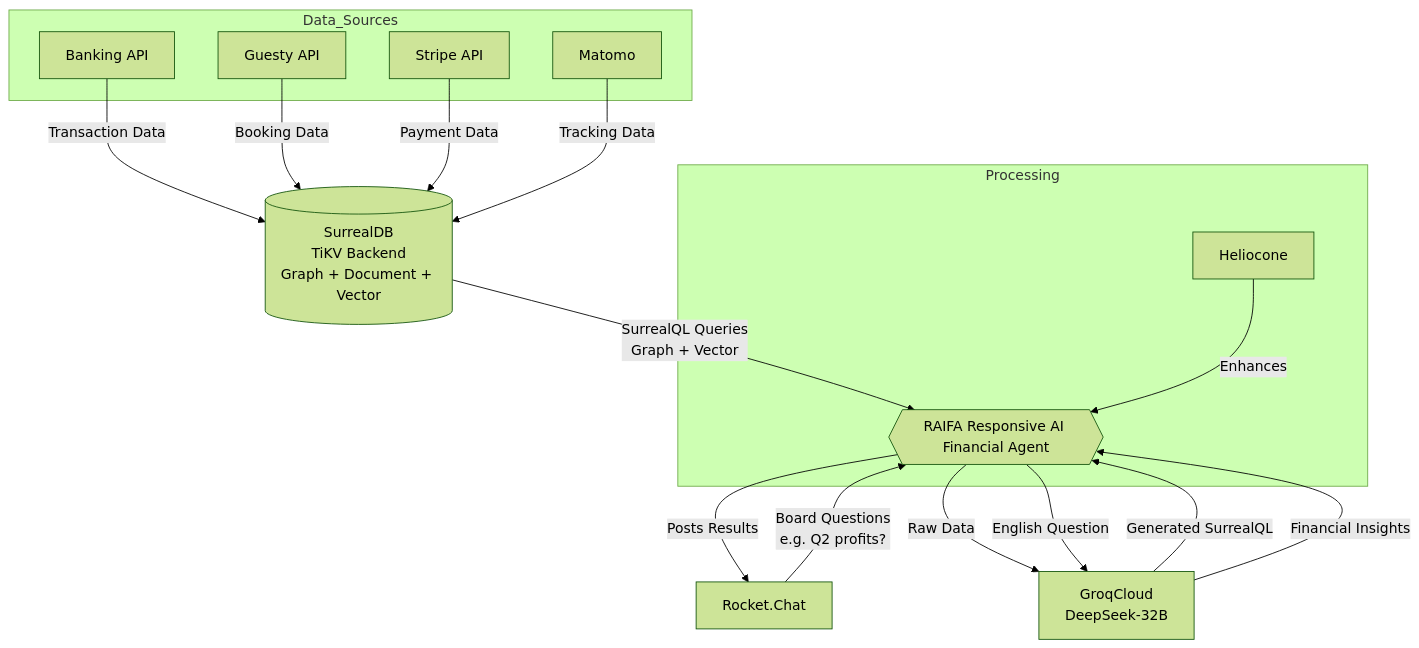
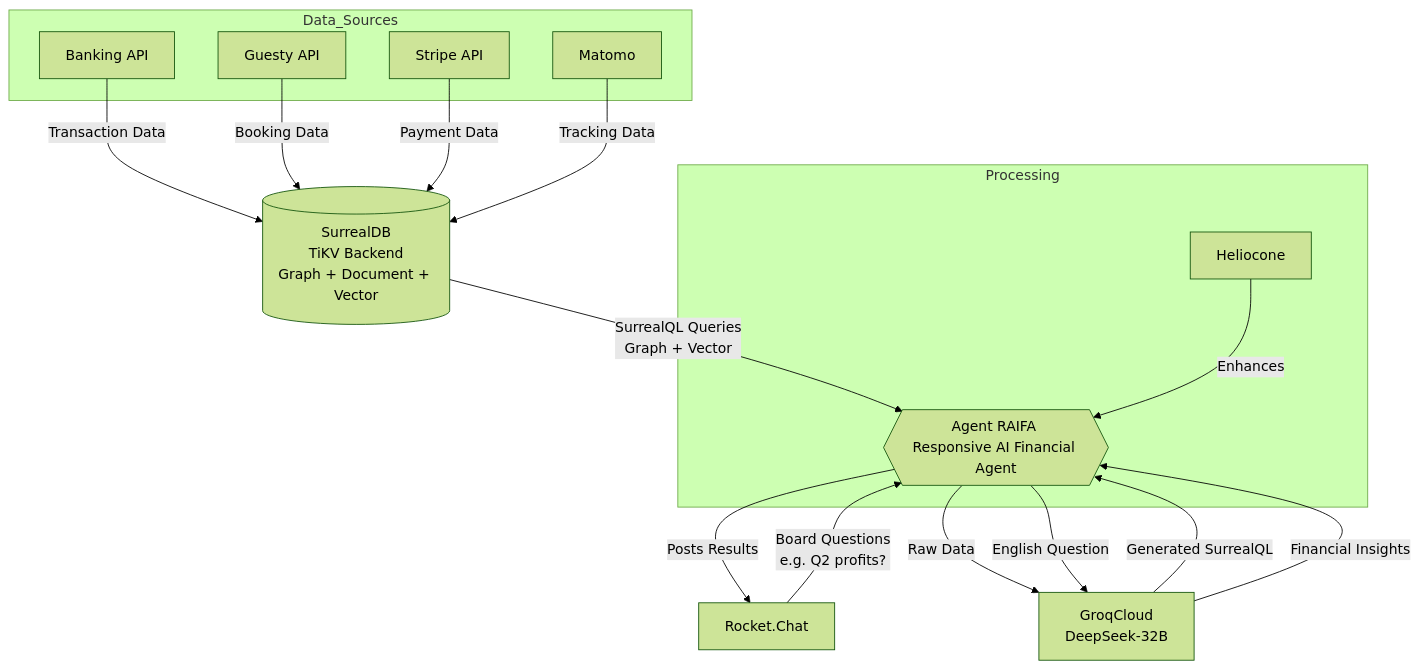
One commit to deepbrainspace/deepbrain-stack changed the fourth of 4 diagrams in projects/bnb/v6-b.md. Above: the diagram before and after it, drawn with Mermaid (forest theme). The commit also changed other lines of this file, not shown here.

````diff
--- a/projects/bnb/v6-b.md
+++ b/projects/bnb/v6-b.md
@@ -116,27 +116,27 @@
 ```mermaid
 graph TD
     A[Banking API] -->|Transaction Data| B[(SurrealDB<br>TiKV Backend<br>Graph + Document + Vector)]
     C[Guesty API] -->|Booking Data| B
     D[Stripe API] -->|Payment Data| B
     E[Matomo] -->|Tracking Data| B
-    F[Rocket.Chat] -->|Board Questions<br>e.g. Q2 profits?| G{{RAIFA Responsive AI Financial Agent}}
+    F[Rocket.Chat] -->|Board Questions<br>e.g. Q2 profits?| G{{Agent RAIFA <br>Responsive AI Financial Agent}}
     B -->|SurrealQL Queries<br>Graph + Vector| G
     G -->|Posts Results| F
     M[Heliocone] -->|Enhances| G
     subgraph Data_Sources
         E
         A
         C
         D
     end
     subgraph Processing
         G
         M
     end
 
     H -->|Generated SurrealQL| G
     G -->|Raw Data| H
     H -->|Financial Insights| G
         
     G -->|English Question| H[GroqCloud<br>DeepSeek-32B]
 ```
````
